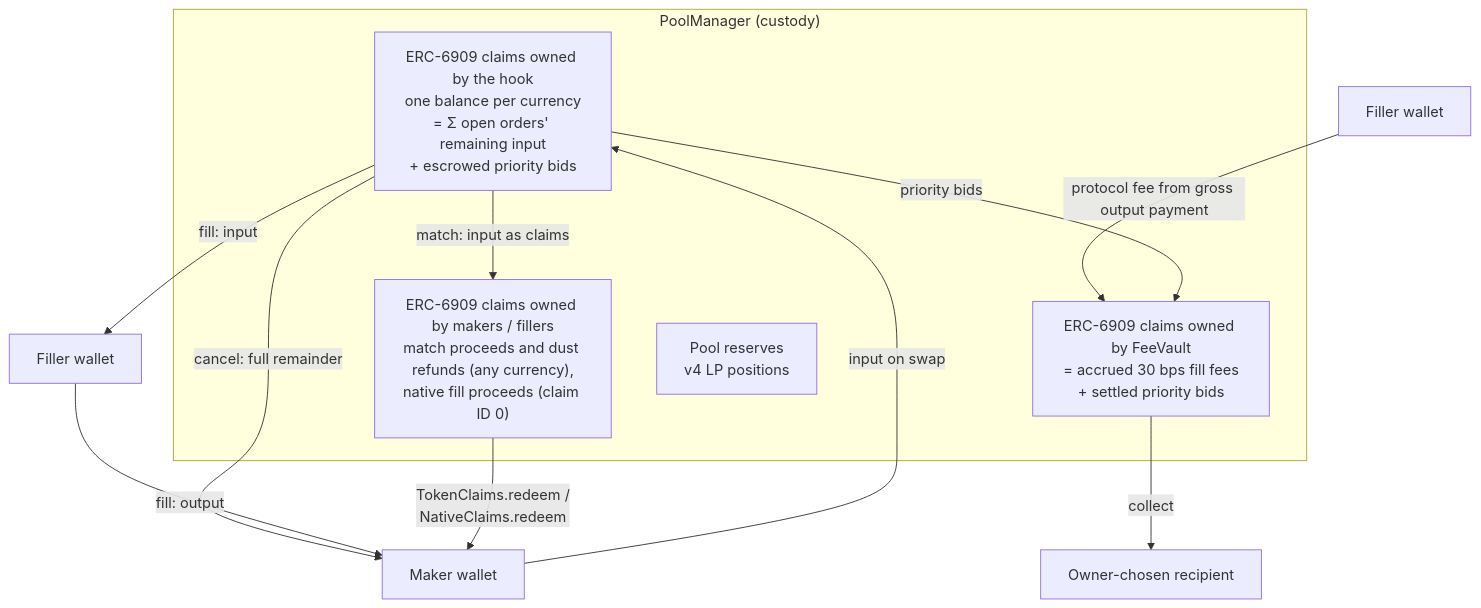
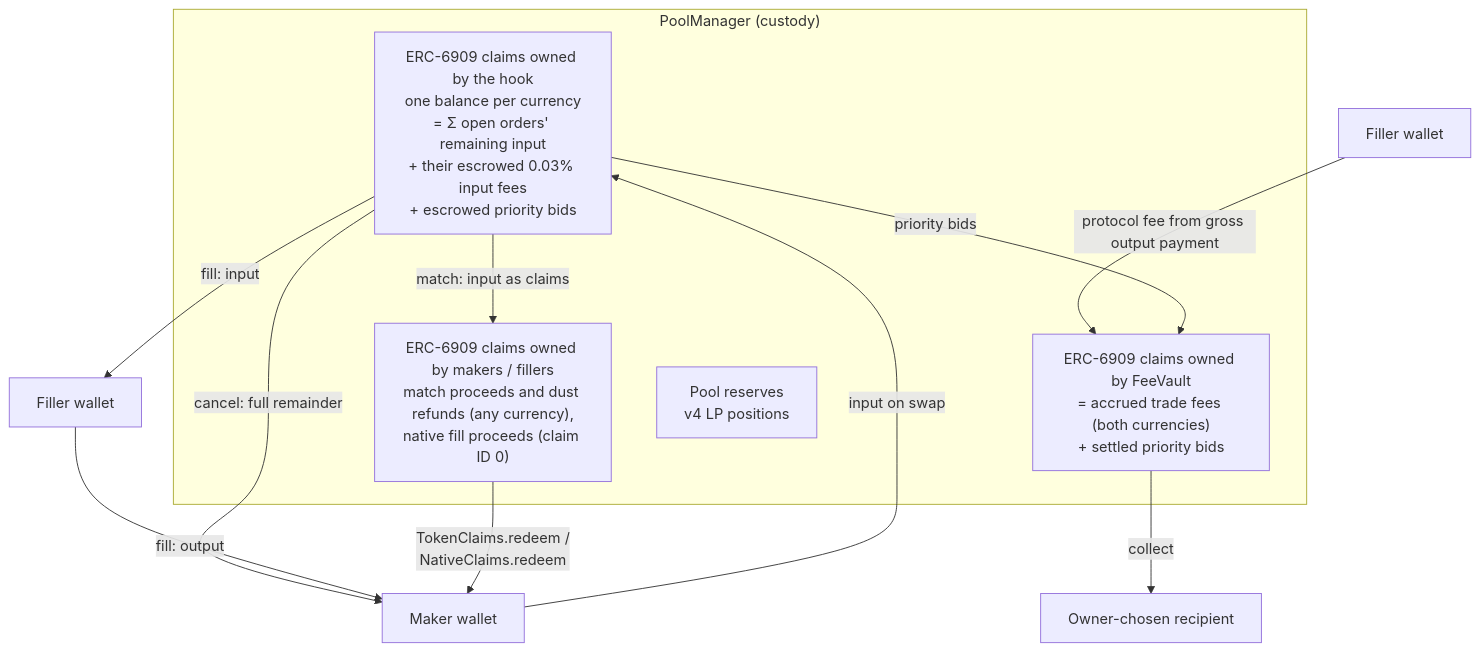
One commit to asyncswap/contracts changed the second of 5 diagrams in docs/protocol.md. Above: the diagram before and after it, drawn with Mermaid. The commit also changed other lines of this file and 60 other files, not shown here.

````diff
--- a/docs/protocol.md
+++ b/docs/protocol.md
@@ -77,18 +77,18 @@
 ```mermaid
 flowchart TB
     subgraph PoolManager["PoolManager (custody)"]
-        Escrow["ERC-6909 claims owned by the hook<br/>one balance per currency<br/>= Σ open orders' remaining input<br/>+ escrowed priority bids"]
-        Fees["ERC-6909 claims owned by FeeVault<br/>= accrued 30 bps fill fees<br/>+ settled priority bids"]
+        Escrow["ERC-6909 claims owned by the hook<br/>one balance per currency<br/>= Σ open orders' remaining input<br/>+ their escrowed 0.03% input fees<br/>+ escrowed priority bids"]
+        Fees["ERC-6909 claims owned by FeeVault<br/>= accrued trade fees (both currencies)<br/>+ settled priority bids"]
         User["ERC-6909 claims owned by makers / fillers<br/>match proceeds and dust refunds (any currency),<br/>native fill proceeds (claim ID 0)"]
         Reserves["Pool reserves<br/>v4 LP positions"]
     end
     MakerW["Maker wallet"] -->|input on swap| Escrow
     Escrow -->|cancel: full remainder| MakerW
     Escrow -->|match: input as claims| User
     Escrow -->|fill: input| CounterW["Filler wallet"]
     CounterW -->|fill: output| MakerW
     FillerW["Filler wallet"] -->|protocol fee from gross output payment| Fees
     Escrow -->|priority bids| Fees
     Fees -->|collect| OwnerW["Owner-chosen recipient"]
     User -->|TokenClaims.redeem /<br/>NativeClaims.redeem| MakerW
 ```
````
